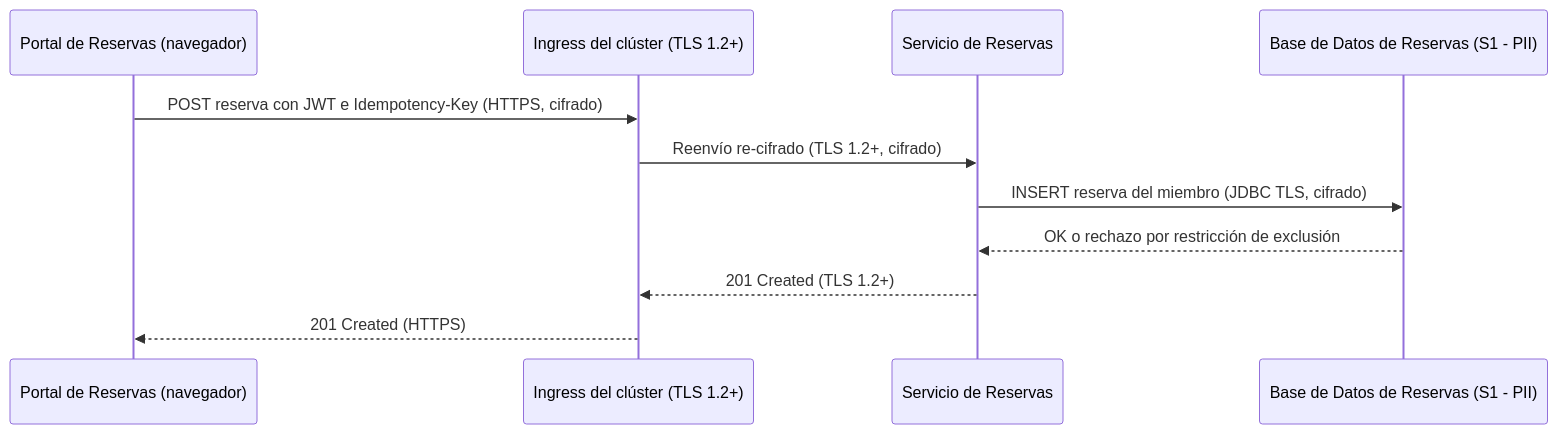
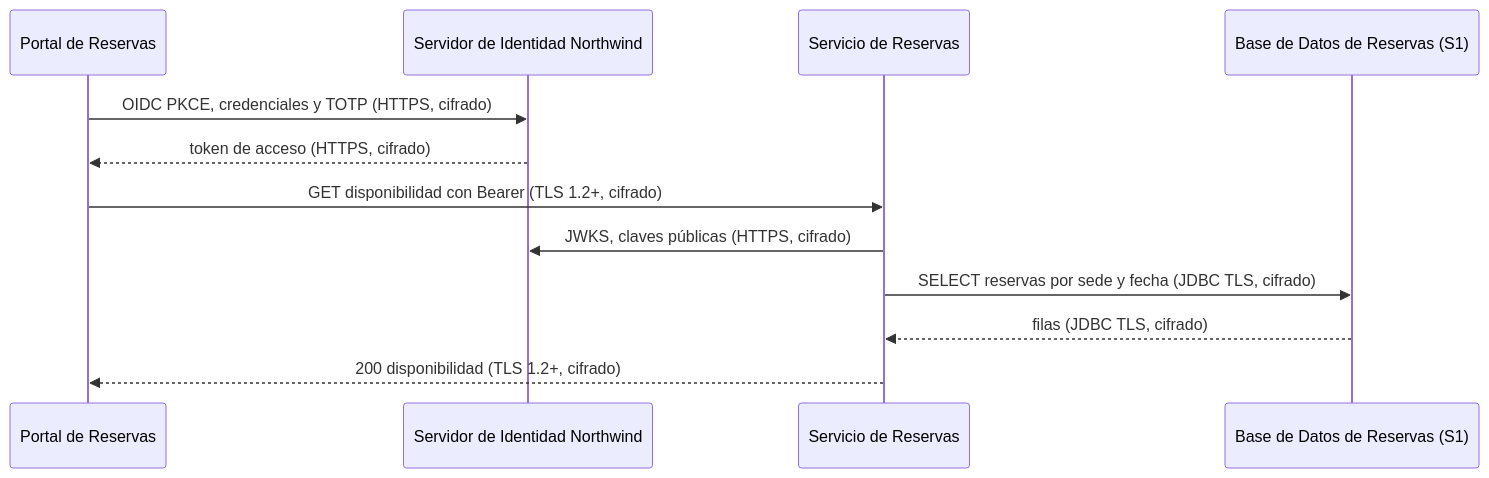
One commit to shadowX4fox/northwind-reservas changed the first of 3 diagrams in analysis/DATA-SENSITIVITY-2026-11-03.md. Above: the diagram before and after it, drawn with Mermaid. The commit also changed other lines of this file and 9 other files, not shown here.

````diff
--- a/analysis/DATA-SENSITIVITY-2026-11-03.md
+++ b/analysis/DATA-SENSITIVITY-2026-11-03.md
@@ -49,13 +51,14 @@
 ```mermaid
 sequenceDiagram
-  participant Navegador as Portal de Reservas (navegador)
-  participant Ingress as Ingress del clúster (TLS 1.2+)
+  participant Portal as Portal de Reservas
+  participant IdP as Servidor de Identidad Northwind
   participant Servicio as Servicio de Reservas
-  participant DB as Base de Datos de Reservas (S1 - PII)
-  Navegador->>Ingress: POST reserva con JWT e Idempotency-Key (HTTPS, cifrado)
-  Ingress->>Servicio: Reenvío re-cifrado (TLS 1.2+, cifrado)
-  Servicio->>DB: INSERT reserva del miembro (JDBC TLS, cifrado)
-  DB-->>Servicio: OK o rechazo por restricción de exclusión
-  Servicio-->>Ingress: 201 Created (TLS 1.2+)
-  Ingress-->>Navegador: 201 Created (HTTPS)
+  participant BD as Base de Datos de Reservas (S1)
+  Portal->>IdP: OIDC PKCE, credenciales y TOTP (HTTPS, cifrado)
+  IdP-->>Portal: token de acceso (HTTPS, cifrado)
+  Portal->>Servicio: GET disponibilidad con Bearer (TLS 1.2+, cifrado)
+  Servicio->>IdP: JWKS, claves públicas (HTTPS, cifrado)
+  Servicio->>BD: SELECT reservas por sede y fecha (JDBC TLS, cifrado)
+  BD-->>Servicio: filas (JDBC TLS, cifrado)
+  Servicio-->>Portal: 200 disponibilidad (TLS 1.2+, cifrado)
 ```
````
